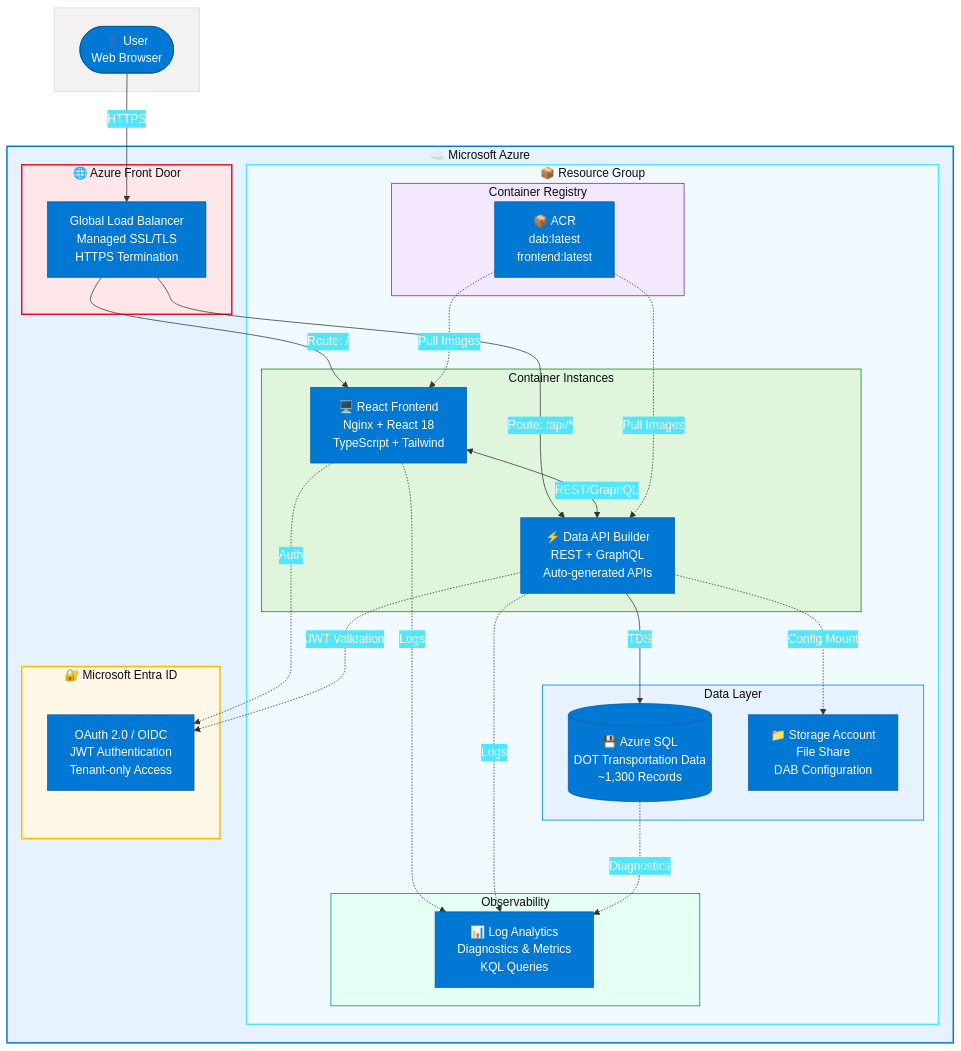
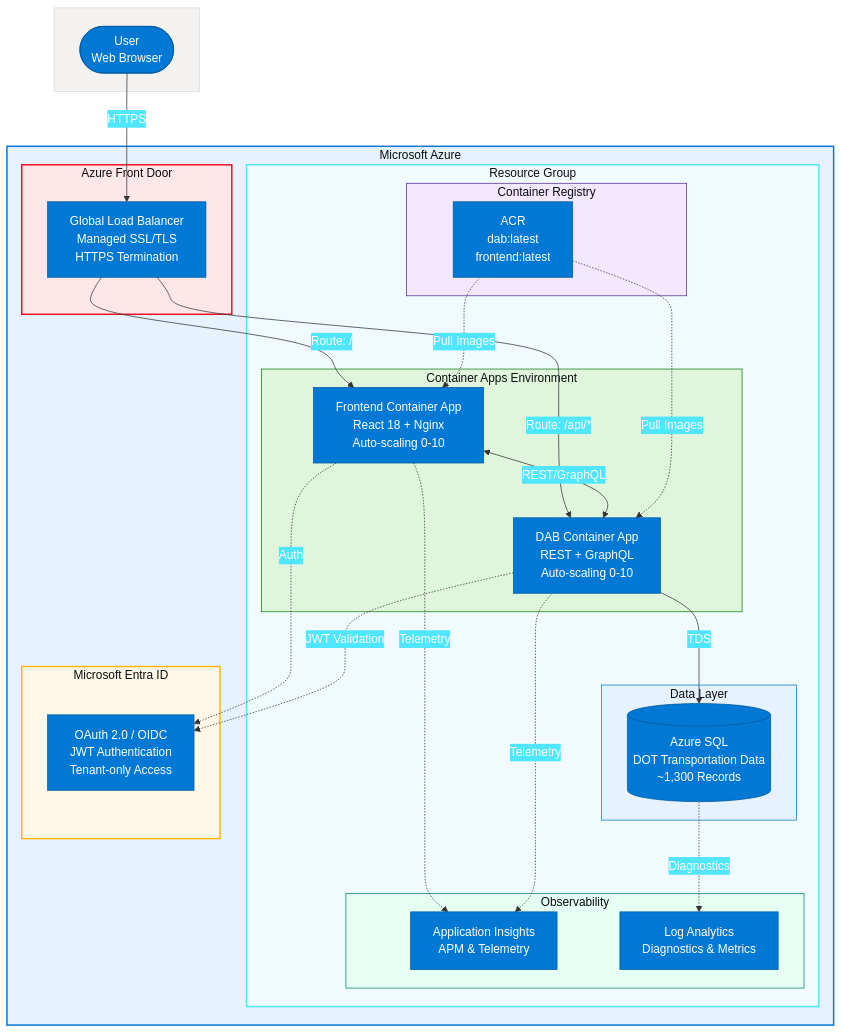
Before and after one commit to fgarofalo56/azure-dab-fullstack-demo: the diagram in README.md, drawn with Mermaid. The commit also changed other lines of this file and 40 other files, not shown here.

````diff
--- a/README.md
+++ b/README.md
@@ -9,60 +9,59 @@
 ```mermaid
 %%{init: {'theme': 'base', 'themeVariables': { 'primaryColor': '#0078D4', 'primaryTextColor': '#fff', 'primaryBorderColor': '#005A9E', 'lineColor': '#333', 'secondaryColor': '#50E6FF', 'tertiaryColor': '#F3F2F1'}}}%%
 flowchart TB
     subgraph Internet[" "]
-        User(["👤 User<br/>Web Browser"])
+        User(["User<br/>Web Browser"])
     end
 
-    subgraph Azure["☁️ Microsoft Azure"]
-        subgraph FrontDoor["🌐 Azure Front Door"]
+    subgraph Azure["Microsoft Azure"]
+        subgraph FrontDoor["Azure Front Door"]
             AFD["Global Load Balancer<br/>Managed SSL/TLS<br/>HTTPS Termination"]
         end
 
-        subgraph RG["📦 Resource Group"]
-            subgraph Compute["Container Instances"]
-                Frontend["🖥️ React Frontend<br/>Nginx + React 18<br/>TypeScript + Tailwind"]
-                DAB["⚡ Data API Builder<br/>REST + GraphQL<br/>Auto-generated APIs"]
+        subgraph RG["Resource Group"]
+            subgraph CAE["Container Apps Environment"]
+                Frontend["Frontend Container App<br/>React 18 + Nginx<br/>Auto-scaling 0-10"]
+                DAB["DAB Container App<br/>REST + GraphQL<br/>Auto-scaling 0-10"]
             end
 
             subgraph Data["Data Layer"]
-                SQL[("💾 Azure SQL<br/>DOT Transportation Data<br/>~1,300 Records")]
-                Storage["📁 Storage Account<br/>File Share<br/>DAB Configuration"]
+                SQL[("Azure SQL<br/>DOT Transportation Data<br/>~1,300 Records")]
             end
 
             subgraph Registry["Container Registry"]
-                ACR["📦 ACR<br/>dab:latest<br/>frontend:latest"]
+                ACR["ACR<br/>dab:latest<br/>frontend:latest"]
             end
 
             subgraph Monitoring["Observability"]
-                LAW["📊 Log Analytics<br/>Diagnostics & Metrics<br/>KQL Queries"]
+                AppInsights["Application Insights<br/>APM & Telemetry"]
+                LAW["Log Analytics<br/>Diagnostics & Metrics"]
             end
         end
 
-        subgraph Identity["🔐 Microsoft Entra ID"]
+        subgraph Identity["Microsoft Entra ID"]
             EntraID["OAuth 2.0 / OIDC<br/>JWT Authentication<br/>Tenant-only Access"]
         end
     end
 
     User -->|"HTTPS"| AFD
     AFD -->|"Route: /"| Frontend
     AFD -->|"Route: /api/*"| DAB
     Frontend <-->|"REST/GraphQL"| DAB
     DAB -->|"TDS"| SQL
-    DAB -.->|"Config Mount"| Storage
     Frontend -.->|"Auth"| EntraID
     DAB -.->|"JWT Validation"| EntraID
     ACR -.->|"Pull Images"| Frontend
     ACR -.->|"Pull Images"| DAB
-    Frontend -.->|"Logs"| LAW
-    DAB -.->|"Logs"| LAW
+    Frontend -.->|"Telemetry"| AppInsights
+    DAB -.->|"Telemetry"| AppInsights
     SQL -.->|"Diagnostics"| LAW
 
     style Azure fill:#E6F2FF,stroke:#0078D4,stroke-width:2px
     style RG fill:#F0FAFF,stroke:#50E6FF,stroke-width:2px
     style FrontDoor fill:#FFE6E8,stroke:#E81123,stroke-width:2px
     style Identity fill:#FFF8E6,stroke:#FFB900,stroke-width:2px
-    style Compute fill:#DFF6DD,stroke:#107C10,stroke-width:1px
+    style CAE fill:#DFF6DD,stroke:#107C10,stroke-width:1px
     style Data fill:#E6F2FF,stroke:#0078D4,stroke-width:1px
     style Monitoring fill:#E6FFF5,stroke:#008272,stroke-width:1px
     style Registry fill:#F3E8FF,stroke:#5C2D91,stroke-width:1px
 ```
````
